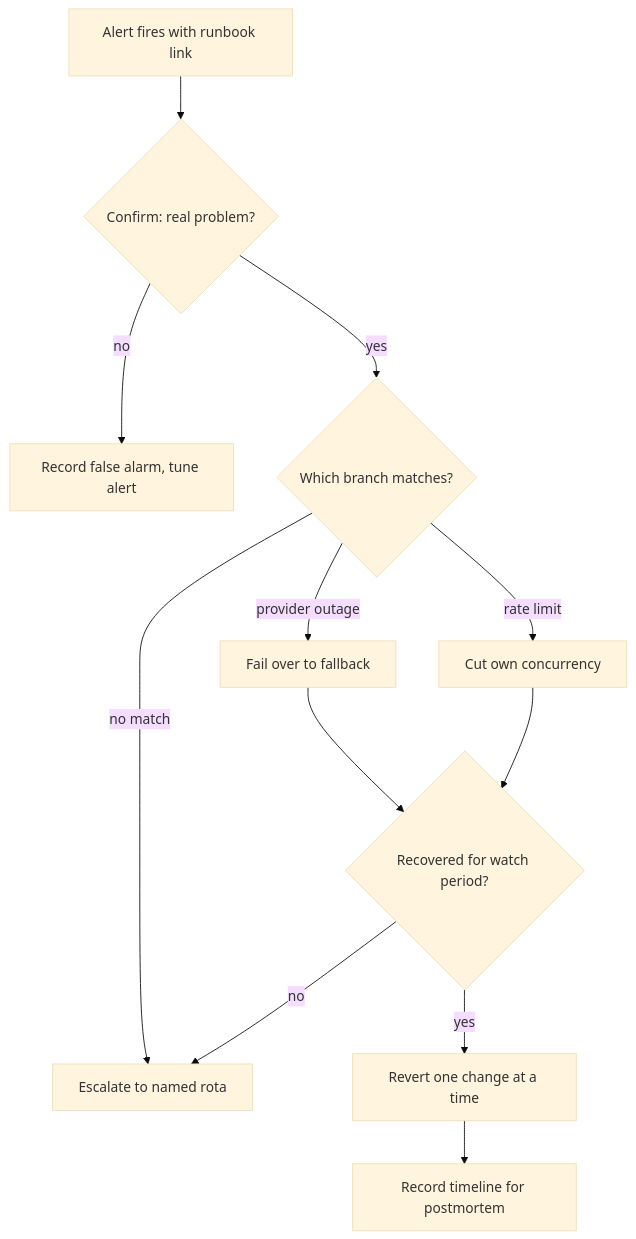
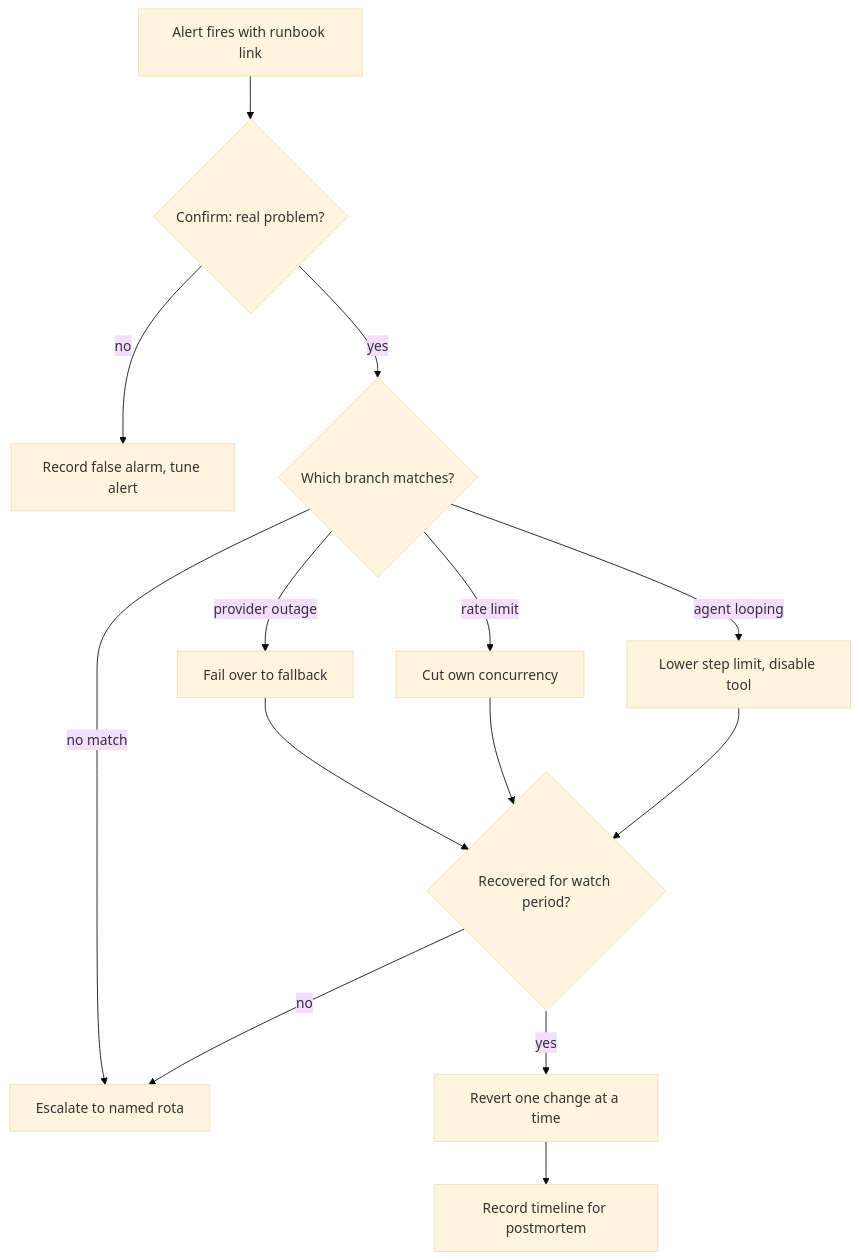
One commit to lovishmahajan97/agentic-learning changed the diagram in content/deployment/runbooks.md. Above: the diagram before and after it, drawn with Mermaid (base theme). The commit also changed other lines of this file and 454 other files, not shown here.

````diff
--- a/content/deployment/runbooks.md
+++ b/content/deployment/runbooks.md
@@ -101,14 +121,16 @@
 ```mermaid
 flowchart TD
     A["Alert fires with runbook link"] --> C{"Confirm: real problem?"}
     C -->|"no"| FA["Record false alarm, tune alert"]
     C -->|"yes"| B{"Which branch matches?"}
     B -->|"provider outage"| M1["Fail over to fallback"]
     B -->|"rate limit"| M2["Cut own concurrency"]
+    B -->|"agent looping"| M3["Lower step limit, disable tool"]
     B -->|"no match"| E["Escalate to named rota"]
     M1 --> V{"Recovered for watch period?"}
     M2 --> V
+    M3 --> V
     V -->|"no"| E
     V -->|"yes"| R["Revert one change at a time"]
     R --> P["Record timeline for postmortem"]
 ```
````
